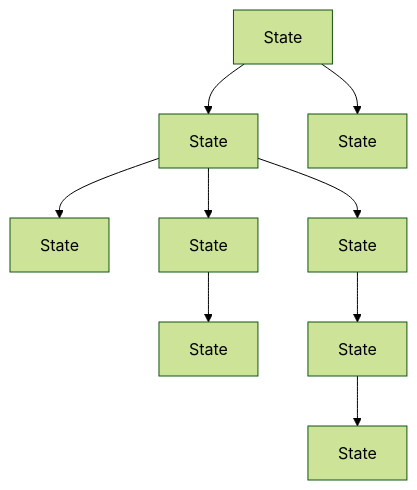
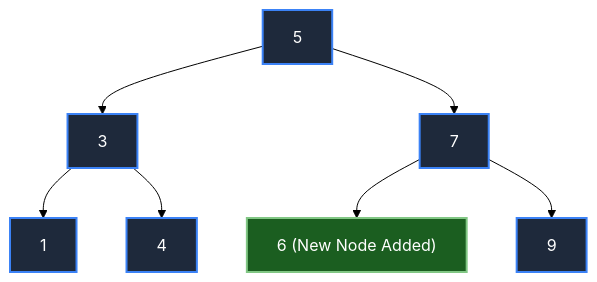
Before and after one commit to dip4k/DSA_102: the seventh of 25 diagrams in week_07_trees_and_balanced_search_trees/Week_07_Visual_Concepts_Playbook_HYBRID.md, drawn with Mermaid (forest theme). The commit also changed other lines of this file and 332 other files, not shown here.

````diff
--- a/week_07_trees_and_balanced_search_trees/Week_07_Visual_Concepts_Playbook_HYBRID.md
+++ b/week_07_trees_and_balanced_search_trees/Week_07_Visual_Concepts_Playbook_HYBRID.md
@@ -35,12 +244,12 @@
 ```mermaid
 flowchart TD
-    R["State"]
-    R --> N1["State"]
-    N1 --> N2["State"]
-    N1 --> N3["State"]
-    N3 --> N4["State"]
-    N1 --> N5["State"]
-    N5 --> N6["State"]
-    N6 --> N7["State"]
-    R --> N8["State"]
+    I5["5"] --> I3["3"]
+    I5 --> I7["7"]
+    I3 --> I1["1"]
+    I3 --> I4["4"]
+    I7 --> I6["6 (New Node Added)"]:::newNode
+    I7 --> I9["9"]
+
+    classDef default fill:#1e293b,stroke:#3b82f6,stroke-width:2px,color:#ffffff
+    classDef newNode fill:#1b5e20,stroke:#81c784,stroke-width:2px,color:#ffffff
 ```
````
